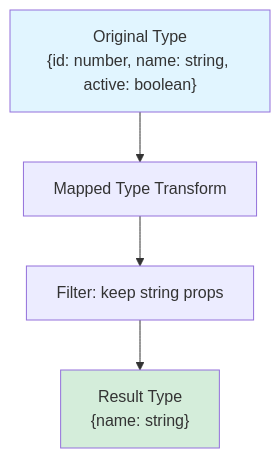
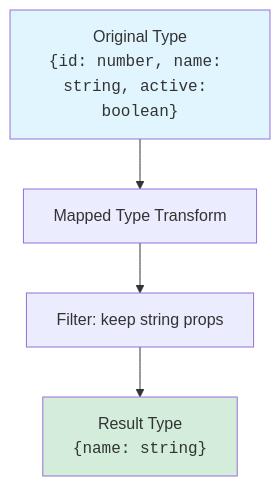
One commit to dataslope/dataslope changed the diagram in content/learn/typescript-from-scratch/mapped-and-conditional-types.mdx. Above: the diagram before and after it, drawn with Mermaid. The commit also changed 100 other files, not shown here.

First line of the commit message:
Wrap more code in diagram labels: filenames, hex, assignments, subgraph titles

````diff
--- a/content/learn/typescript-from-scratch/mapped-and-conditional-types.mdx
+++ b/content/learn/typescript-from-scratch/mapped-and-conditional-types.mdx
@@ -145,8 +145,8 @@
 ```mermaid
 graph TD
-    A["Original Type<br/>{id: number, name: string, active: boolean}"] --> B["Mapped Type Transform"]
+    A["Original Type<br/><code>{id: number, name: string, active: boolean}</code>"] --> B["Mapped Type Transform"]
     B --> C["Filter: keep string props"]
-    C --> D["Result Type<br/>{name: string}"]
+    C --> D["Result Type<br/><code>{name: string}</code>"]
     style A fill:#e1f5ff
     style D fill:#d4edda
 ```
````
